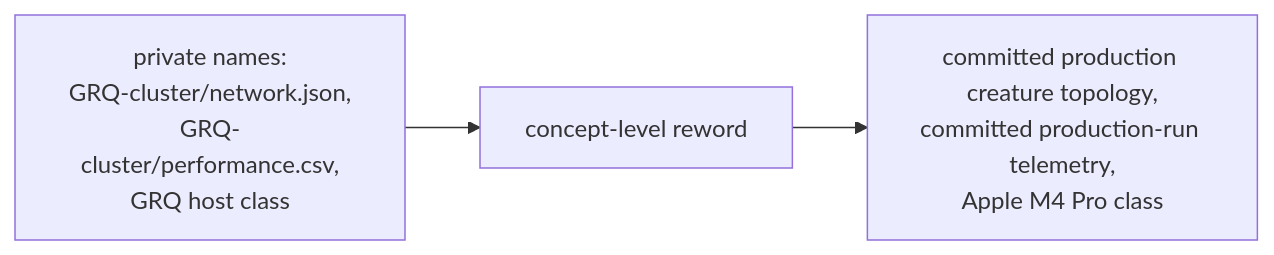
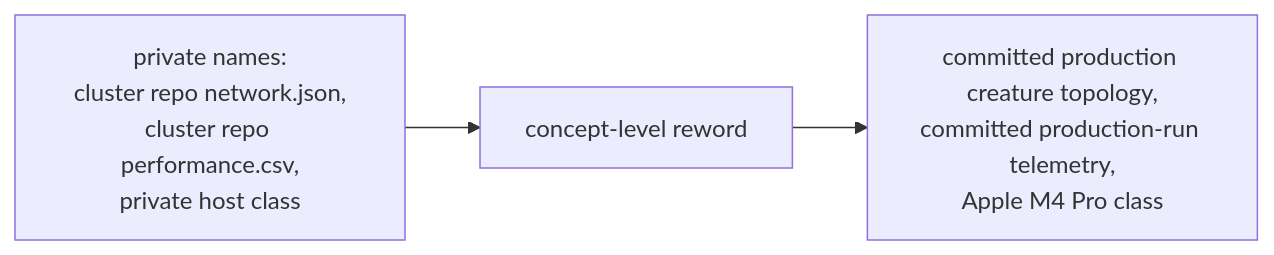
The diagram in docs/archive/pr-summaries/pr-summary-376.md (stSoftwareAU/NEAT-AI-core), drawn with Mermaid before and after one commit. The commit also changed other lines of this file and 10 other files, not shown here.

First line of the commit message:
🟢 Reword GRQ/VibeCoding mentions in archived audit-fix pr-summary-373..378, 546 to concept level (Issue #664) (#669)

````diff
--- a/docs/archive/pr-summaries/pr-summary-376.md
+++ b/docs/archive/pr-summaries/pr-summary-376.md
@@ -49,5 +49,5 @@
 ```mermaid
 flowchart LR
-    A["private names:<br/>GRQ-cluster/network.json,<br/>GRQ-cluster/performance.csv,<br/>GRQ host class"] --> B["concept-level reword"]
+    A["private names:<br/>cluster repo network.json,<br/>cluster repo performance.csv,<br/>private host class"] --> B["concept-level reword"]
     B --> C["committed production creature topology,<br/>committed production-run telemetry,<br/>Apple M4 Pro class"]
 ```
````
